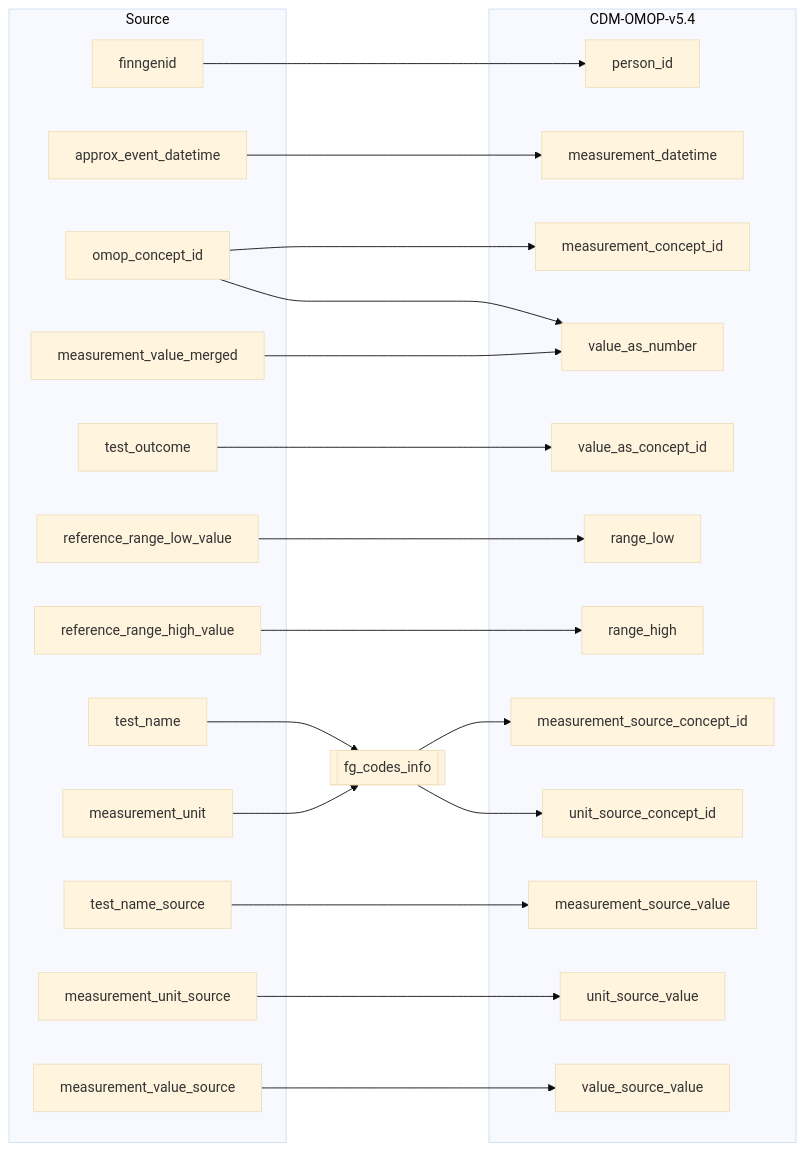
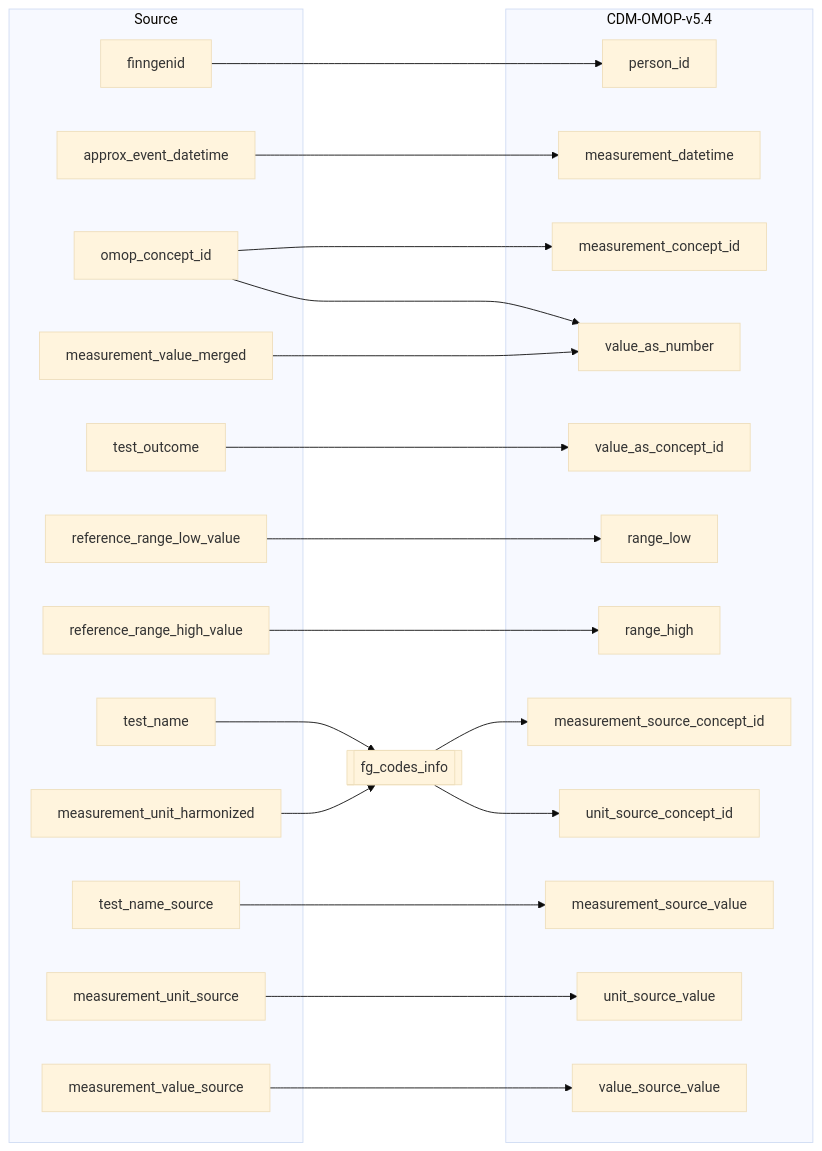
One commit to FINNGEN/ETL changed the diagram in 2_etl_specifications/documentation/kanta_to_measurement.md. Above: the diagram before and after it, drawn with Mermaid. The commit also changed other lines of this file and 5 other files, not shown here.

Commit message:
Fixed kanta measurement unit column sql and documentation. Tests are working well.

````diff
--- a/2_etl_specifications/documentation/kanta_to_measurement.md
+++ b/2_etl_specifications/documentation/kanta_to_measurement.md
@@ -10,57 +10,57 @@
 ```mermaid
 %%{init: {'theme': 'base' } }%%
 %%{init: {'theme': 'base' } }%%
 flowchart LR
     subgraph Source
         finngenid
         approx_event_datetime
         omop_concept_id
         measurement_value_merged
         test_outcome
         reference_range_low_value
         reference_range_high_value
         test_name
-        measurement_unit
+        measurement_unit_harmonized
         test_name_source
         measurement_unit_source
         measurement_value_source
     end
 
     fg_codes_info[[fg_codes_info]]
 
     subgraph CDM-OMOP-v5.4
         person_id
         measurement_datetime
         measurement_concept_id
         value_as_concept_id      
         value_as_number
         measurement_source_concept_id
         unit_source_concept_id        
         range_low
         range_high
         measurement_source_value
         unit_source_value
         value_source_value
     end
 
     finngenid-->person_id
     approx_event_datetime-->measurement_datetime
 
     omop_concept_id-->measurement_concept_id
     omop_concept_id-->value_as_number
     measurement_value_merged-->value_as_number
     reference_range_low_value-->range_low
     reference_range_high_value-->range_high
 
     test_name-->fg_codes_info
-    measurement_unit-->fg_codes_info
+    measurement_unit_harmonized-->fg_codes_info
     fg_codes_info-->measurement_source_concept_id
     fg_codes_info-->unit_source_concept_id
 
     test_name_source-->measurement_source_value
     measurement_unit_source-->unit_source_value
     measurement_value_source-->value_source_value
 
     test_outcome-->value_as_concept_id
 
 ```
````
